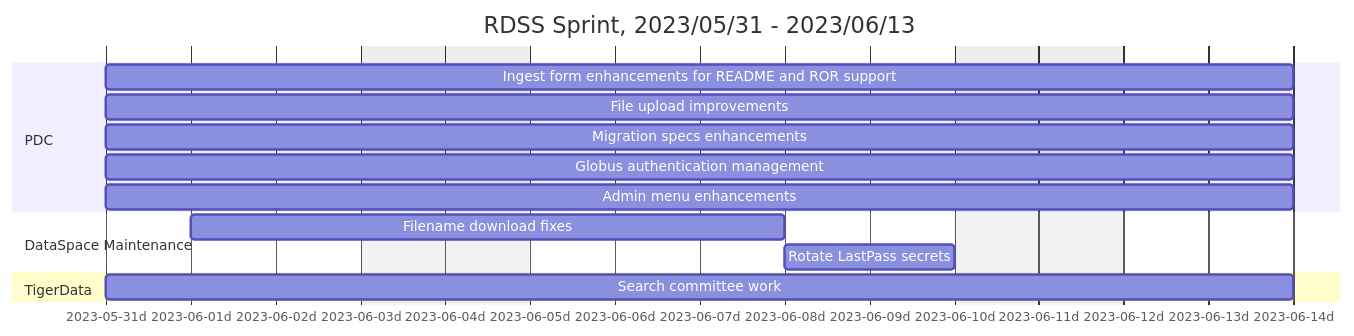
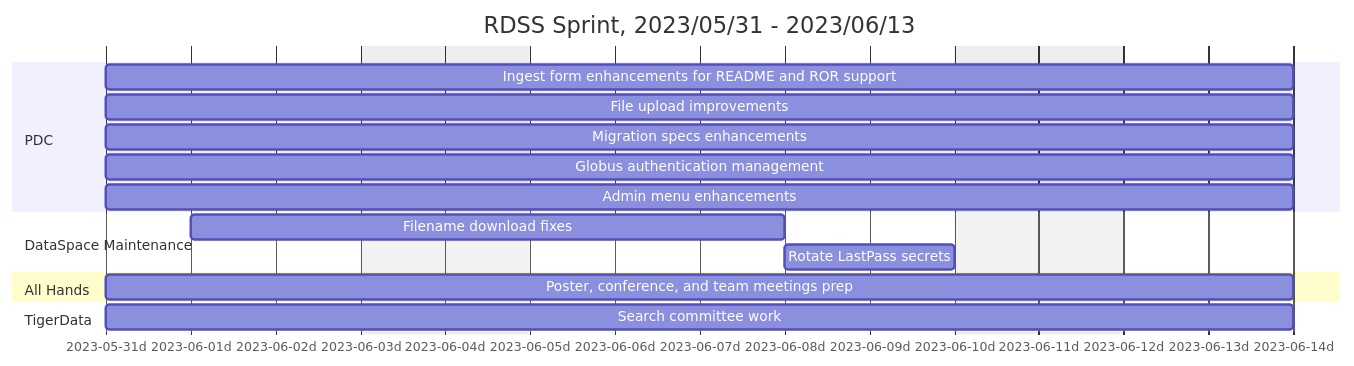
One commit to pulibrary/rdss-handbook changed the third of 24 diagrams in roadmap.md. Above: the diagram before and after it, drawn with Mermaid. The commit also changed other lines of this file, not shown here.

````diff
--- a/roadmap.md
+++ b/roadmap.md
@@ -32,18 +57,20 @@
 ```mermaid
 gantt
     title RDSS Sprint, 2023/05/31 - 2023/06/13
     axisFormat  %Y-%m-%dd
     dateformat YYYY-MM-DD
     excludes weekends
     section PDC
     Ingest form enhancements for README and ROR support: pdc1, 2023-05-31, 10d
     File upload improvements: pdc2, 2023-05-31, 10d
     Migration specs enhancements: pdc3, 2023-05-31, 10d
     Globus authentication management: pdc4, 2023-05-31, 10d
     Admin menu enhancements: pdc5, 2023-05-31, 10d
     section DataSpace Maintenance
     Filename download fixes: dsp1, 2023-06-01, 5d
     Rotate LastPass secrets: dsp2, 2023-06-08, 2d
+    section All Hands
+    Poster, conference, and team meetings prep: ah1, 2023-05-31, 10d
     section TigerData
     Search committee work: td1, 2023-05-31, 10d
 ```
````
